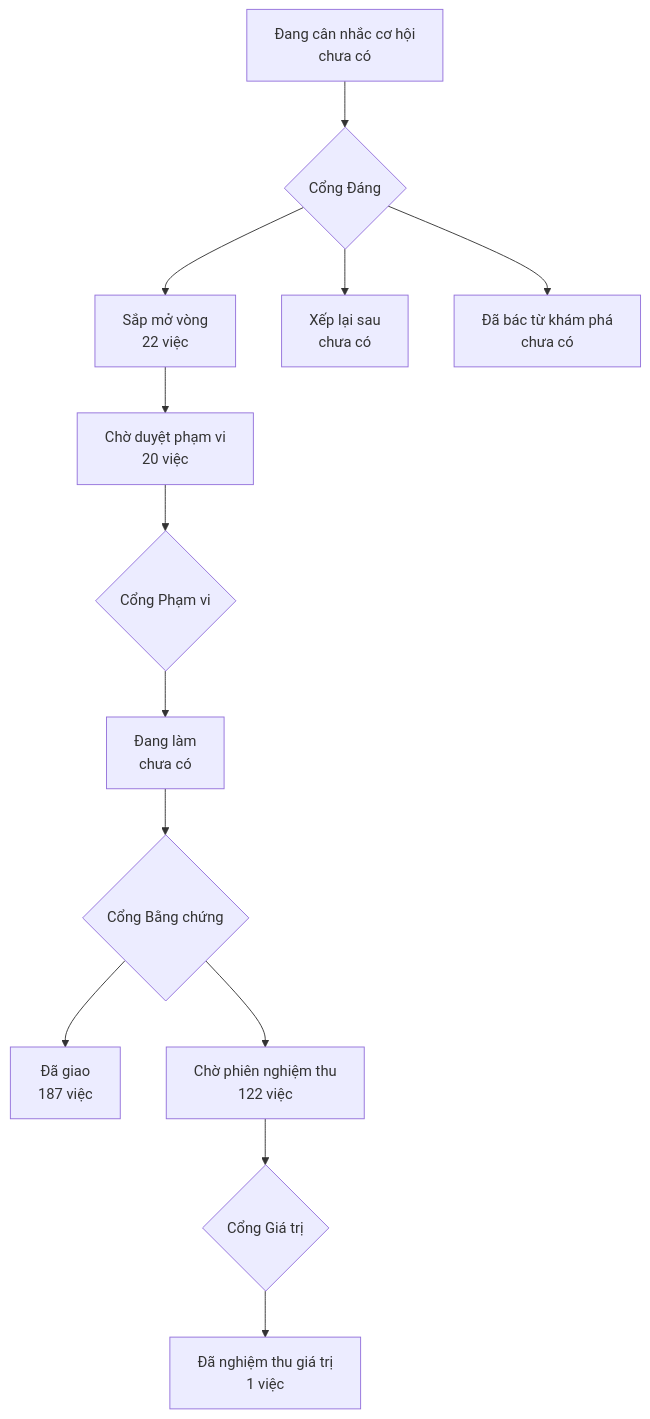
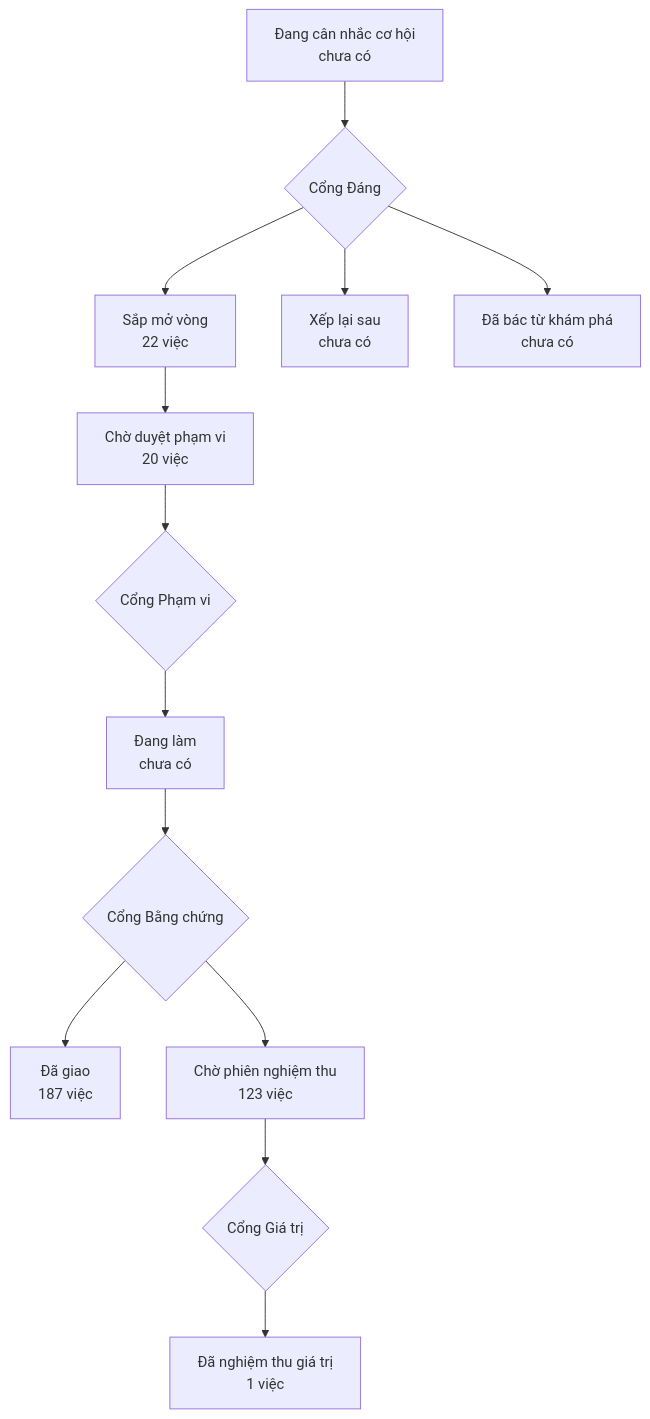
One commit to phanlemanh/onehub-invest changed the diagram in PRODUCT-MAP.md. Above: the diagram before and after it, drawn with Mermaid. The commit also changed other lines of this file and 27 other files, not shown here.

````diff
--- a/PRODUCT-MAP.md
+++ b/PRODUCT-MAP.md
@@ -7,12 +7,12 @@
 ```mermaid
 flowchart TD
   A["Đang cân nhắc cơ hội<br/>chưa có"] --> GD{"Cổng Đáng"}
   GD --> B["Sắp mở vòng<br/>22 việc"]
   GD --> XL["Xếp lại sau<br/>chưa có"]
   GD --> DB["Đã bác từ khám phá<br/>chưa có"]
   B --> CD["Chờ duyệt phạm vi<br/>20 việc"] --> GP{"Cổng Phạm vi"}
   GP --> DL["Đang làm<br/>chưa có"] --> GB{"Cổng Bằng chứng"}
   GB --> DG["Đã giao<br/>187 việc"]
-  GB --> CN["Chờ phiên nghiệm thu<br/>122 việc"] --> GG{"Cổng Giá trị"}
+  GB --> CN["Chờ phiên nghiệm thu<br/>123 việc"] --> GG{"Cổng Giá trị"}
   GG --> NT["Đã nghiệm thu giá trị<br/>1 việc"]
 ```
````
